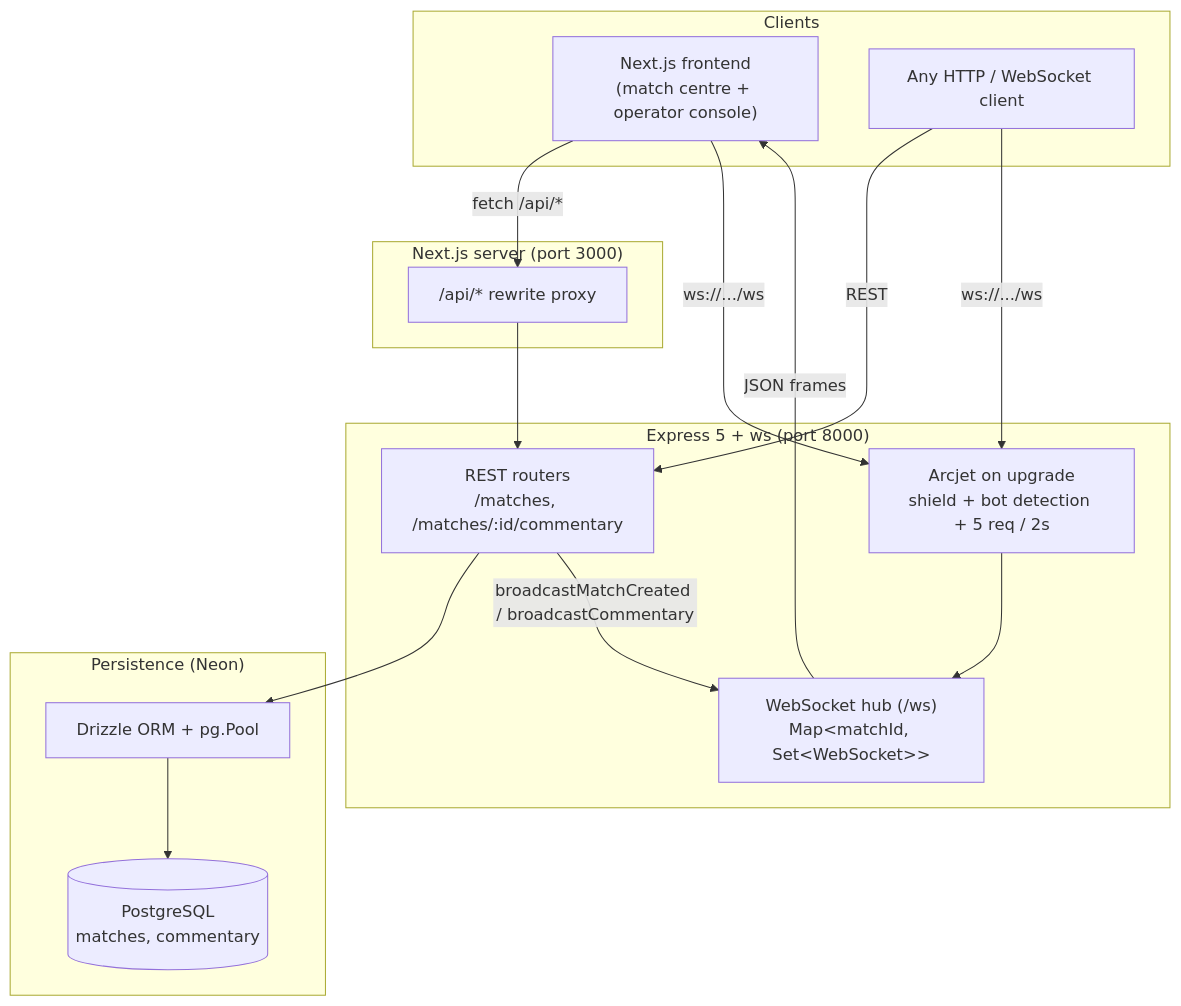
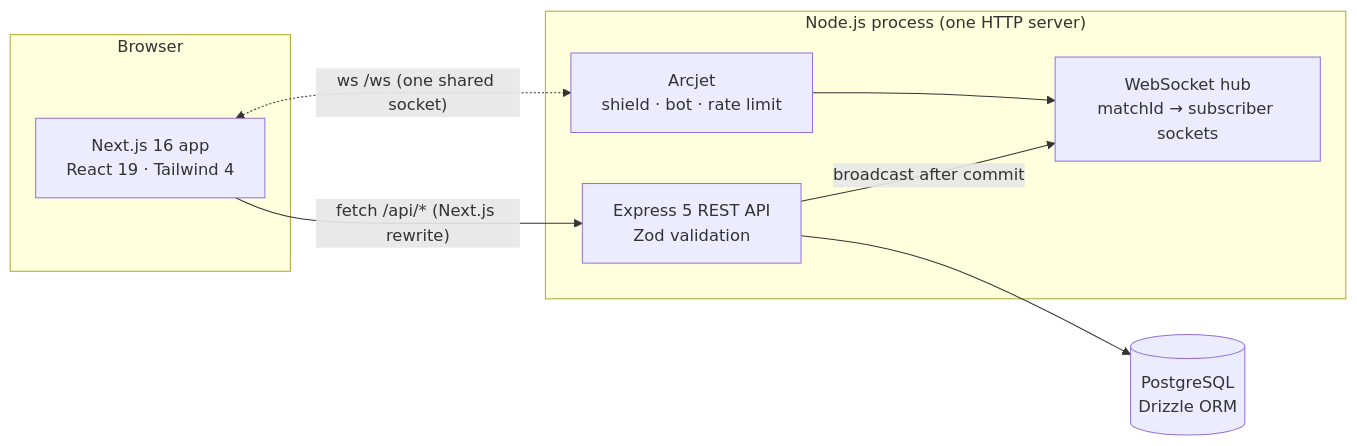
Before and after one commit to Navraj86/sportz-websockets: the first of 3 diagrams in README.md, drawn with Mermaid. The commit also changed other lines of this file and 15 other files, not shown here.

````diff
--- a/README.md
+++ b/README.md
@@ -41,32 +50,20 @@
 ```mermaid
-flowchart TD
-    subgraph Clients["Clients"]
-        Web["Next.js frontend<br/>(match centre + operator console)"]
-        Other["Any HTTP / WebSocket client"]
+flowchart LR
+    subgraph Browser
+        UI["Next.js 16 app<br/>React 19 · Tailwind 4"]
     end
 
-    subgraph Next["Next.js server (port 3000)"]
-        Proxy["/api/* rewrite proxy"]
+    subgraph Backend["Node.js process (one HTTP server)"]
+        REST["Express 5 REST API<br/>Zod validation"]
+        AJ["Arcjet<br/>shield · bot · rate limit"]
+        HUB["WebSocket hub<br/>matchId → subscriber sockets"]
     end
 
-    subgraph Backend["Express 5 + ws (port 8000)"]
-        ExpressApp["REST routers<br/>/matches, /matches/:id/commentary"]
-        ArcjetWS["Arcjet on upgrade<br/>shield + bot detection + 5 req / 2s"]
-        WSServer["WebSocket hub (/ws)<br/>Map&lt;matchId, Set&lt;WebSocket&gt;&gt;"]
-    end
+    DB[("PostgreSQL<br/>Drizzle ORM")]
 
-    subgraph Database["Persistence (Neon)"]
-        Drizzle["Drizzle ORM + pg.Pool"]
-        Postgres[("PostgreSQL<br/>matches, commentary")]
-    end
-
-    Web -- "fetch /api/*" --> Proxy --> ExpressApp
-    Other -- "REST" --> ExpressApp
-    Web -- "ws://.../ws" --> ArcjetWS
-    Other -- "ws://.../ws" --> ArcjetWS
-    ArcjetWS --> WSServer
-
-    ExpressApp --> Drizzle --> Postgres
-    ExpressApp -- "broadcastMatchCreated / broadcastCommentary" --> WSServer
-    WSServer -- "JSON frames" --> Web
+    UI -- "fetch /api/* (Next.js rewrite)" --> REST
+    UI <-. "ws /ws (one shared socket)" .-> AJ
+    AJ --> HUB
+    REST --> DB
+    REST -- "broadcast after commit" --> HUB
 ```
````
